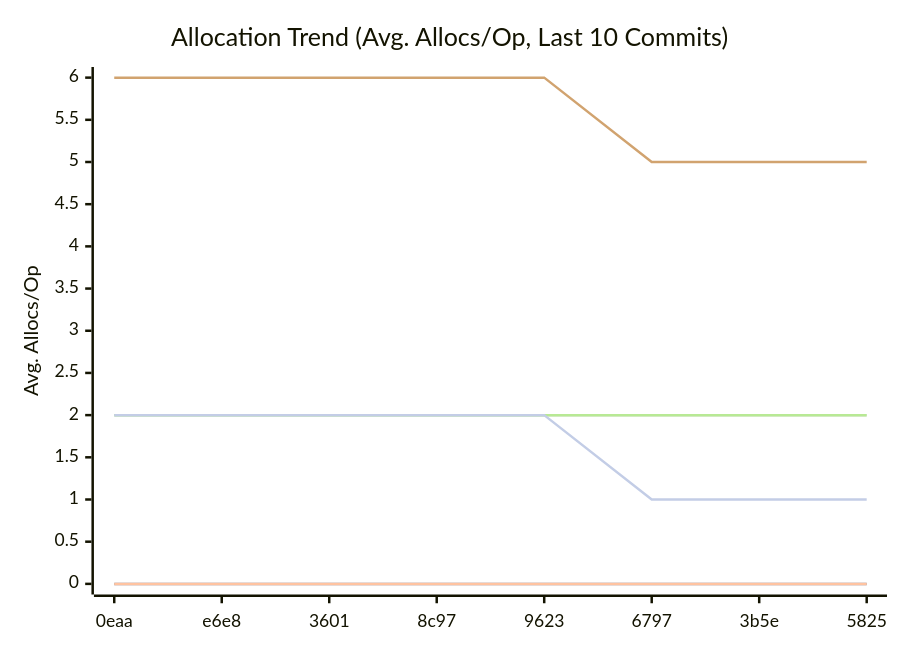
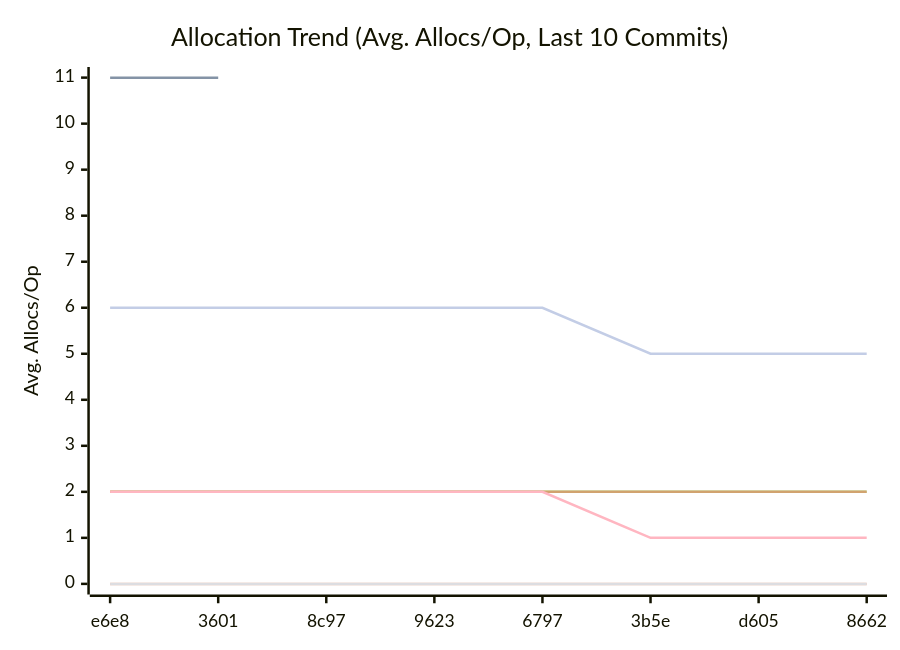
The third of 3 diagrams in docs/README.md (alsotoes/momo), drawn with Mermaid before and after one commit. The commit also changed other lines of this file and 9 other files, not shown here.

````diff
--- a/docs/README.md
+++ b/docs/README.md
@@ -339,14 +339,15 @@
 ```mermaid
 xychart-beta
     title "Allocation Trend (Avg. Allocs/Op, Last 10 Commits)"
     x-axis "Commit"
     y-axis "Avg. Allocs/Op"
-    x-axis [0eaa,e6e8,3601,8c97,9623,6797,3b5e,5825]
+    x-axis [e6e8,3601,8c97,9623,6797,3b5e,d605,8662]
     line "CheckMetricsAndSwap" [0,0,0,0,0,0,0,0,0,0]
+    line "HashFile" [11,11]
     line "IndexDirectTracking" [0,0,0,0,0,0,0,0,0,0]
     line "IndexSearch" [0,0,0,0,0,0,0,0,0,0]
     line "LoadGlobalConfig" [2,2,2,2,2,2,2,2,2,2]
     line "PadString" [2,2,2,2,2,2,2,2,2,2]
     line "ParseReplicationOrder_NoPrealloc" [6,6,6,6,6,5,5,5,5,5]
     line "ParseReplicationOrder_Prealloc" [2,2,2,2,2,1,1,1,1,1]
 ```
````
